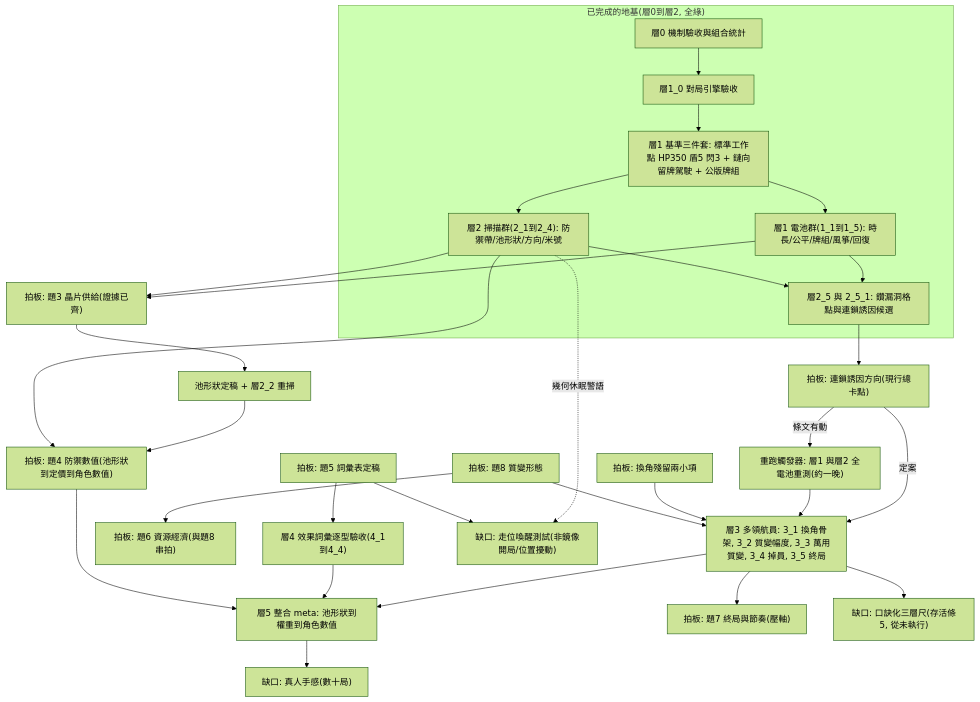
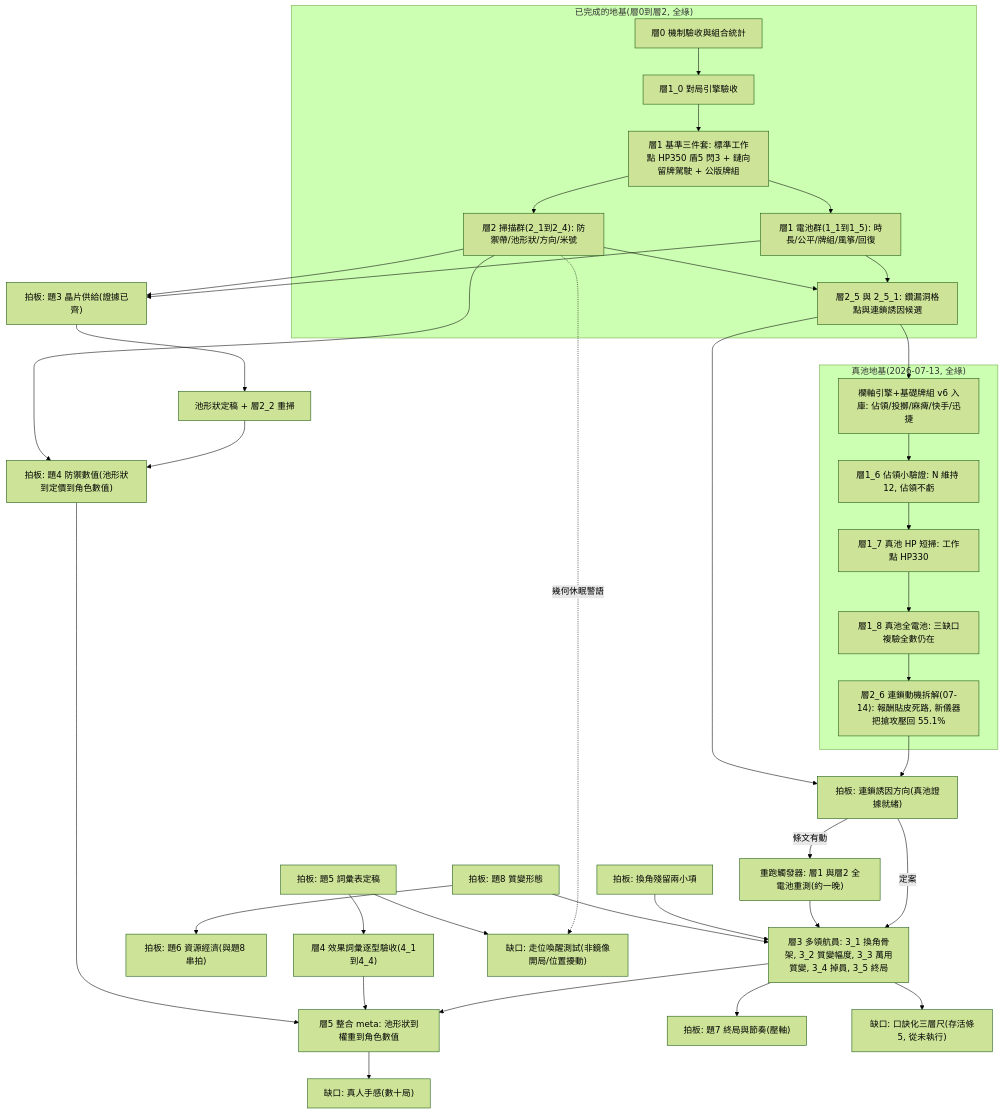
Before and after one commit to p4raw4ku/darrens-note-digo: the diagram in content/4_驗證/0_索引.md, drawn with Mermaid (forest theme). The commit also changed other lines of this file and 10 other files, not shown here.

````diff
--- a/content/4_驗證/0_索引.md
+++ b/content/4_驗證/0_索引.md
@@ -86,42 +91,52 @@
 ```mermaid
 flowchart TB
     subgraph DONE["已完成的地基(層0到層2, 全綠)"]
         L0["層0 機制驗收與組合統計"]
         L1E["層1_0 對局引擎驗收"]
         BASE["層1 基準三件套: 標準工作點 HP350 盾5 閃3 + 鏈向留牌駕駛 + 公版牌組"]
         L1B["層1 電池群(1_1到1_5): 時長/公平/牌組/風箏/回復"]
         L2B["層2 掃描群(2_1到2_4): 防禦帶/池形狀/方向/米號"]
         EXP["層2_5 與 2_5_1: 鑽漏洞格點與連鎖誘因候選"]
         L0 --> L1E --> BASE
         BASE --> L1B
         BASE --> L2B
         L1B --> EXP
         L2B --> EXP
     end
 
-    EXP --> G1["拍板: 連鎖誘因方向(現行總卡點)"]
+    subgraph V6D["真池地基(2026-07-13, 全綠)"]
+        GRID["欄軸引擎+基礎牌組 v6 入庫: 佔領/投擲/麻痺/快手/迅捷"]
+        L16["層1_6 佔領小驗證: N 維持 12, 佔領不虧"]
+        L17["層1_7 真池 HP 短掃: 工作點 HP330"]
+        L18["層1_8 真池全電池: 三缺口複驗全數仍在"]
+        L26["層2_6 連鎖動機拆解(07-14): 報酬貼皮死路, 新儀器把搶攻壓回 55.1%"]
+        GRID --> L16 --> L17 --> L18 --> L26
+    end
+    EXP --> GRID
+    L26 --> G1
+    EXP --> G1["拍板: 連鎖誘因方向(真池證據就緒)"]
     G1 -->|條文有動| RERUN["重跑觸發器: 層1 與層2 全電池重測(約一晚)"]
     G1 -->|定案| L3["層3 多領航員: 3_1 換角骨架, 3_2 質變幅度, 3_3 萬用質變, 3_4 掉員, 3_5 終局"]
     RERUN --> L3
     G2R["拍板: 換角殘留兩小項"] --> L3
     G8["拍板: 題8 質變形態"] --> L3
     G8 --> G6["拍板: 題6 資源經濟(與題8 串拍)"]
 
     L1B --> G3["拍板: 題3 晶片供給(證據已齊)"]
     L2B --> G3
     G3 --> POOLF["池形狀定稿 + 層2_2 重掃"]
     POOLF --> G4["拍板: 題4 防禦數值(池形狀到定價到角色數值)"]
     L2B --> G4
 
     G5["拍板: 題5 詞彙表定稿"] --> L4["層4 效果詞彙逐型驗收(4_1到4_4)"]
 
     L3 --> L5["層5 整合 meta: 池形狀到權重到角色數值"]
     L4 --> L5
     G4 --> L5
     L3 --> G7["拍板: 題7 終局與節奏(壓軸)"]
 
     L2B -. 幾何休眠警語 .-> MOVE["缺口: 走位喚醒測試(非鏡像開局/位置擾動)"]
     G5 --> MOVE
     L3 --> MOTTO["缺口: 口訣化三層尺(存活條5, 從未執行)"]
     L5 --> HUMAN["缺口: 真人手感(數十局)"]
 ```
````
